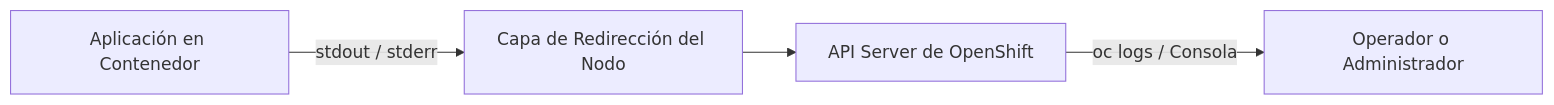
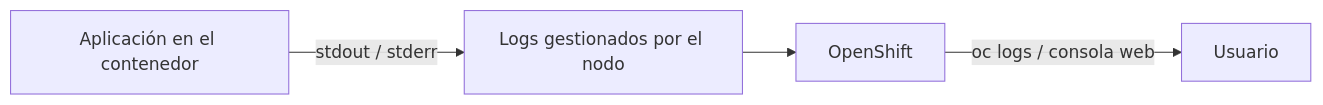
The first of 4 diagrams in docs/sesion3/3.4 Logs.md (ieftraining/curso-openshift), drawn with Mermaid before and after one commit. The commit also changed other lines of this file, not shown here.

````diff
--- a/docs/sesion3/3.4 Logs.md
+++ b/docs/sesion3/3.4 Logs.md
@@ -27,6 +26,6 @@
 ```mermaid
 flowchart LR
-    A[Aplicación en Contenedor] -->|stdout / stderr| B[Capa de Redirección del Nodo]
-    B --> C[API Server de OpenShift]
-    C -->|oc logs / Consola| D[Operador o Administrador]
+    A[Aplicación en el contenedor] -->|stdout / stderr| B[Logs gestionados por el nodo]
+    B --> C[OpenShift]
+    C -->|oc logs / consola web| D[Usuario]
 ```
````
